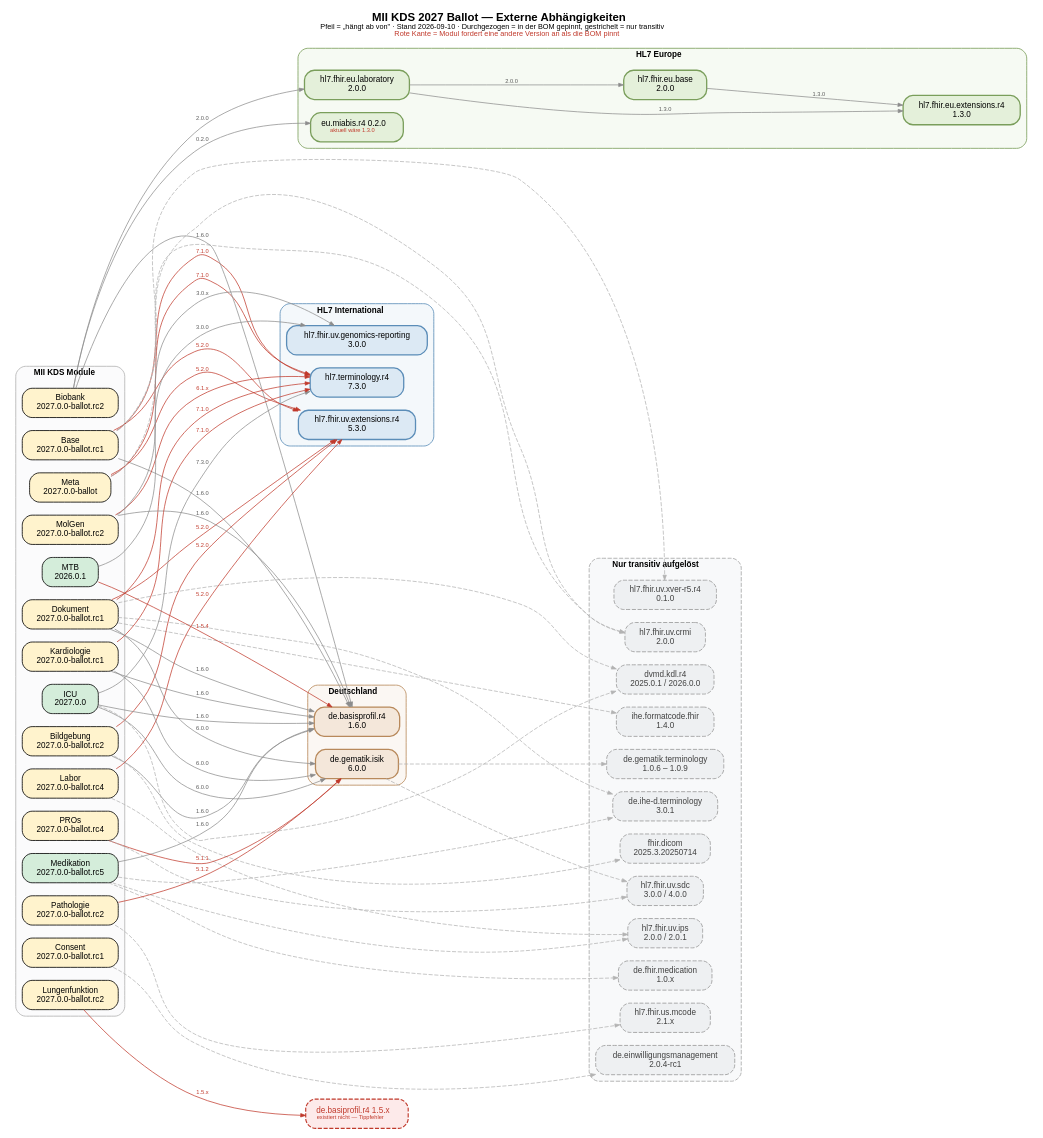
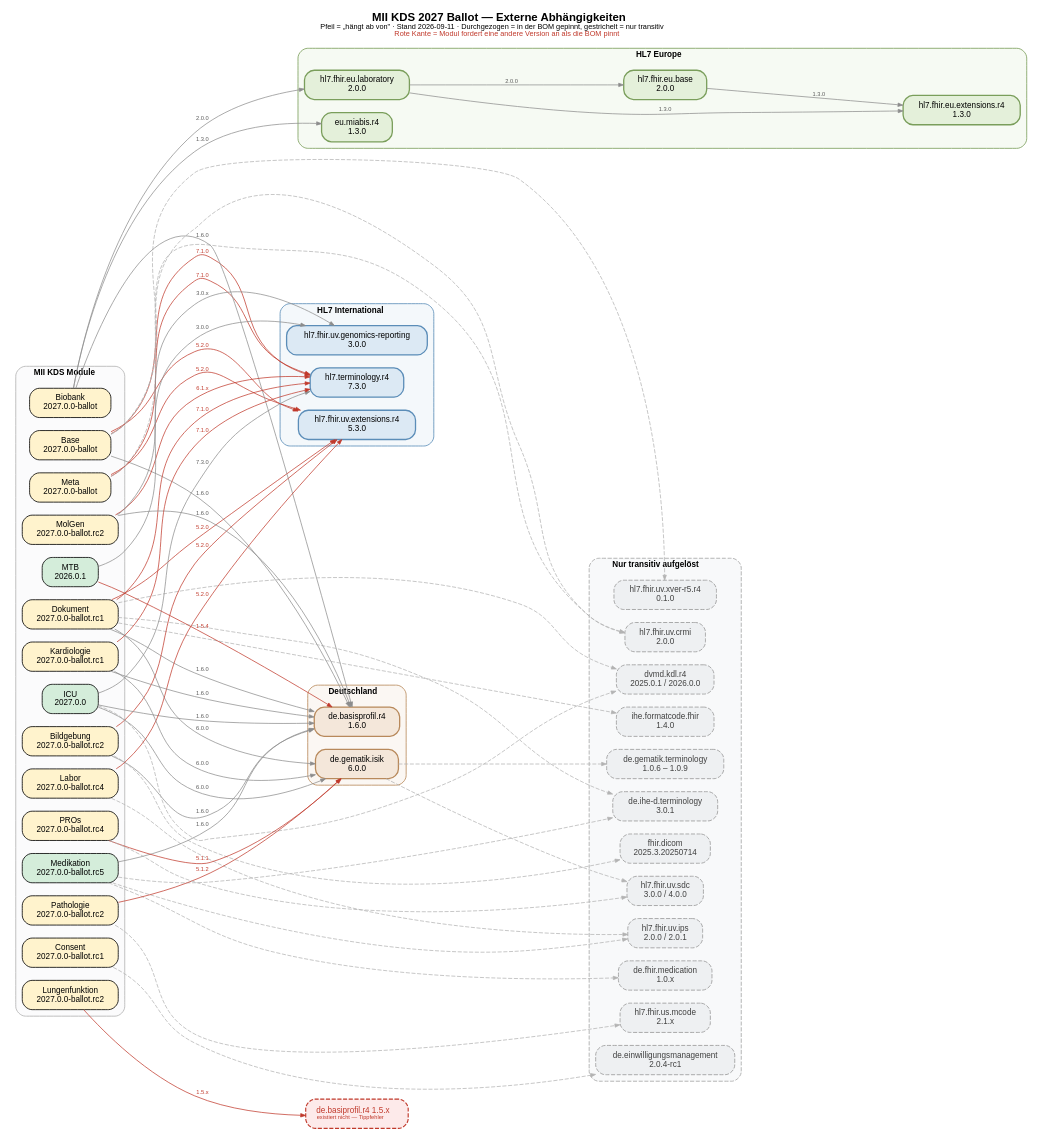
One commit to medizininformatik-initiative/kerndatensatz-complete changed the diagram in dep-graph-2027-extern.dot. Above: the diagram before and after it, drawn with Graphviz. The commit also changed 11 other files, not shown here.

First line of the commit message:
BOM 2027.0.0-ballot.4: Base und Biobank final, MIABIS auf 1.3.0

```diff
--- a/dep-graph-2027-extern.dot
+++ b/dep-graph-2027-extern.dot
@@ -1,163 +1,163 @@
 // MII KDS 2027 Ballot — Externe Abhängigkeiten
 //
 // Quelle:     dep-graph-2027-extern.dot
 // Generiert:  dot -Tpng dep-graph-2027-extern.dot -o input/images/dep-graph-2027-extern.png
 //             dot -Tsvg dep-graph-2027-extern.dot -o input/images/dep-graph-2027-extern.svg
 //
 // Kästen:  durchgezogen = in der BOM gepinnt · gestrichelt = nur transitiv aufgelöst
 // Kanten:  Beschriftung = Version, die das Modul deklariert
 //          rot = weicht von der BOM-Pinnung ab
 
 digraph MII_KDS_2027_Extern {
     rankdir=LR;
     bgcolor="white";
     fontname="Helvetica";
     node [shape=box, style="rounded,filled", fontname="Helvetica", fontsize=10, margin="0.18,0.09"];
     edge [color="gray55", arrowsize=0.6, penwidth=0.9, fontname="Helvetica", fontsize=7, fontcolor="gray35"];
     nodesep=0.22;
     ranksep=2.6;
 
     labelloc="t";
-    label=<<B>MII KDS 2027 Ballot — Externe Abhängigkeiten</B><BR/><FONT POINT-SIZE="9">Pfeil = „hängt ab von" · Stand 2026-09-10 · Durchgezogen = in der BOM gepinnt, gestrichelt = nur transitiv<BR/><FONT COLOR="#c0392b">Rote Kante = Modul fordert eine andere Version an als die BOM pinnt</FONT></FONT>>;
+    label=<<B>MII KDS 2027 Ballot — Externe Abhängigkeiten</B><BR/><FONT POINT-SIZE="9">Pfeil = „hängt ab von" · Stand 2026-09-11 · Durchgezogen = in der BOM gepinnt, gestrichelt = nur transitiv<BR/><FONT COLOR="#c0392b">Rote Kante = Modul fordert eine andere Version an als die BOM pinnt</FONT></FONT>>;
     fontsize=14;
 
     // ════════════ MII-Module ════════════
     subgraph cluster_mii {
         label=<<B>MII KDS Module</B>>;
         style="rounded"; color="gray70"; bgcolor="#fbfbfc"; fontsize=10;
 
-        m_base   [label="Base\n2027.0.0-ballot.rc1", fillcolor="#fff3cd"];
+        m_base   [label="Base\n2027.0.0-ballot", fillcolor="#fff3cd"];
         m_meta   [label="Meta\n2027.0.0-ballot", fillcolor="#fff3cd"];
-        m_bio    [label="Biobank\n2027.0.0-ballot.rc2", fillcolor="#fff3cd"];
+        m_bio    [label="Biobank\n2027.0.0-ballot", fillcolor="#fff3cd"];
         m_dok    [label="Dokument\n2027.0.0-ballot.rc1", fillcolor="#fff3cd"];
         m_bild   [label="Bildgebung\n2027.0.0-ballot.rc2", fillcolor="#fff3cd"];
         m_icu    [label="ICU\n2027.0.0", fillcolor="#d4edda"];
         m_labor  [label="Labor\n2027.0.0-ballot.rc4", fillcolor="#fff3cd"];
         m_medi   [label="Medikation\n2027.0.0-ballot.rc5", fillcolor="#d4edda"];
         m_molgen [label="MolGen\n2027.0.0-ballot.rc2", fillcolor="#fff3cd"];
         m_mtb    [label="MTB\n2026.0.1", fillcolor="#d4edda"];
         m_patho  [label="Pathologie\n2027.0.0-ballot.rc2", fillcolor="#fff3cd"];
         m_pros   [label="PROs\n2027.0.0-ballot.rc4", fillcolor="#fff3cd"];
         m_cons   [label="Consent\n2027.0.0-ballot.rc1", fillcolor="#fff3cd"];
         m_kard   [label="Kardiologie\n2027.0.0-ballot.rc1", fillcolor="#fff3cd"];
         m_lufu   [label="Lungenfunktion\n2027.0.0-ballot.rc2", fillcolor="#fff3cd"];
     }
 
     // ════════════ Gepinnt: HL7 International ════════════
     subgraph cluster_hl7 {
         label=<<B>HL7 International</B>>;
         style="rounded"; color="#5b8db8"; bgcolor="#f4f8fb"; fontsize=10;
 
         tho  [label="hl7.terminology.r4\n7.3.0",            fillcolor="#dce9f4", color="#5b8db8", penwidth=1.6];
         ext  [label="hl7.fhir.uv.extensions.r4\n5.3.0",     fillcolor="#dce9f4", color="#5b8db8", penwidth=1.6];
         geno [label="hl7.fhir.uv.genomics-reporting\n3.0.0", fillcolor="#dce9f4", color="#5b8db8", penwidth=1.6];
     }
 
     // ════════════ Gepinnt: HL7 Europe ════════════
     subgraph cluster_eu {
         label=<<B>HL7 Europe</B>>;
         style="rounded"; color="#7a9e5b"; bgcolor="#f6faf3"; fontsize=10;
 
         eubase [label="hl7.fhir.eu.base\n2.0.0",         fillcolor="#e4f0da", color="#7a9e5b", penwidth=1.6];
         eulab  [label="hl7.fhir.eu.laboratory\n2.0.0",   fillcolor="#e4f0da", color="#7a9e5b", penwidth=1.6];
         euext  [label="hl7.fhir.eu.extensions.r4\n1.3.0", fillcolor="#e4f0da", color="#7a9e5b", penwidth=1.6];
-        miabis [label=<eu.miabis.r4 0.2.0<BR/><FONT POINT-SIZE="7" COLOR="#c0392b">aktuell wäre 1.3.0</FONT>>, fillcolor="#e4f0da", color="#7a9e5b", penwidth=1.6];
+        miabis [label="eu.miabis.r4\n1.3.0", fillcolor="#e4f0da", color="#7a9e5b", penwidth=1.6];
     }
 
     // ════════════ Gepinnt: Deutschland ════════════
     subgraph cluster_de {
         label=<<B>Deutschland</B>>;
         style="rounded"; color="#b8895b"; bgcolor="#fbf7f3"; fontsize=10;
 
         basis [label="de.basisprofil.r4\n1.6.0",  fillcolor="#f4e7da", color="#b8895b", penwidth=1.6];
         isik  [label="de.gematik.isik\n6.0.0",    fillcolor="#f4e7da", color="#b8895b", penwidth=1.6];
     }
 
     // ════════════ Nur transitiv ════════════
     subgraph cluster_trans {
         label=<<B>Nur transitiv aufgelöst</B>>;
         style="rounded,dashed"; color="gray65"; bgcolor="#f8f9fa"; fontsize=10;
 
         node [style="rounded,filled,dashed", fillcolor="#eef0f2", color="gray60", fontcolor="gray25"];
         ips   [label="hl7.fhir.uv.ips\n2.0.0 / 2.0.1"];
         sdc   [label="hl7.fhir.uv.sdc\n3.0.0 / 4.0.0"];
         mcode [label="hl7.fhir.us.mcode\n2.1.x"];
         crmi  [label="hl7.fhir.uv.crmi\n2.0.0"];
         xver  [label="hl7.fhir.uv.xver-r5.r4\n0.1.0"];
         dicom [label="fhir.dicom\n2025.3.20250714"];
         kdl   [label="dvmd.kdl.r4\n2025.0.1 / 2026.0.0"];
         ihed  [label="de.ihe-d.terminology\n3.0.1"];
         fmt   [label="ihe.formatcode.fhir\n1.4.0"];
         demed [label="de.fhir.medication\n1.0.x"];
         einw  [label="de.einwilligungsmanagement\n2.0.4-rc1"];
         gtermi[label="de.gematik.terminology\n1.0.6 – 1.0.9"];
     }
 
     // ════════════ Nicht aufloesbar ════════════
     basitypo [label=<de.basiprofil.r4 1.5.x<BR/><FONT POINT-SIZE="7">existiert nicht — Tippfehler</FONT>>, shape=box, style="rounded,filled,dashed", fillcolor="#fdeaea", color="#c0392b", fontcolor="#c0392b", penwidth=1.4];
 
     // ════════════ Kanten: Terminology ════════════
     m_icu -> tho [label="7.3.0"];
     m_base -> tho [label="7.1.0", color="#c0392b", fontcolor="#c0392b"];
     m_meta -> tho [label="7.1.0", color="#c0392b", fontcolor="#c0392b"];
     m_dok  -> tho [label="7.1.0", color="#c0392b", fontcolor="#c0392b"];
     m_molgen -> tho [label="6.1.x", color="#c0392b", fontcolor="#c0392b"];
 
     // ════════════ Kanten: Extensions ════════════
     m_base  -> ext [label="5.2.0", color="#c0392b", fontcolor="#c0392b"];
     m_meta  -> ext [label="5.2.0", color="#c0392b", fontcolor="#c0392b"];
     m_labor -> ext [label="5.2.0", color="#c0392b", fontcolor="#c0392b"];
     m_dok   -> ext [label="5.2.0", color="#c0392b", fontcolor="#c0392b"];
     m_bild  -> ext [label="5.2.0", color="#c0392b", fontcolor="#c0392b"];
 
     // ════════════ Kanten: Clinical Genomics ════════════
     m_molgen -> geno [label="3.0.x"];
     m_mtb    -> geno [label="3.0.0"];
 
     // ════════════ Kanten: EU ════════════
     m_bio -> eulab  [label="2.0.0"];
-    m_bio -> miabis [label="0.2.0"];
+    m_bio -> miabis [label="1.3.0"];
     eulab -> eubase [label="2.0.0"];
     eulab -> euext  [label="1.3.0"];
     eubase -> euext [label="1.3.0"];
 
     // ════════════ Kanten: Deutschland ════════════
     m_base -> basis [label="1.6.0"];
     m_bio  -> basis [label="1.6.0"];
     m_icu  -> basis [label="1.6.0"];
     m_bild -> basis [label="1.6.0"];
     m_dok  -> basis [label="1.6.0"];
     m_medi -> basis [label="1.6.0"];
     m_molgen -> basis [label="1.6.0"];
     m_mtb  -> basis [label="1.5.4", color="#c0392b", fontcolor="#c0392b"];
 
     m_icu   -> isik [label="6.0.0"];
     m_dok   -> isik [label="6.0.0"];
     m_patho -> isik [label="5.1.2", color="#c0392b", fontcolor="#c0392b"];
     m_pros  -> isik [label="5.1.1", color="#c0392b", fontcolor="#c0392b"];
 
     // ════════════ Kanten: transitiv ════════════
     m_labor -> ips   [style=dashed, color="gray70"];
     m_medi  -> ips   [style=dashed, color="gray70"];
     m_pros  -> sdc   [style=dashed, color="gray70"];
     isik    -> sdc   [style=dashed, color="gray70"];
     m_patho -> mcode [style=dashed, color="gray70"];
     m_base  -> crmi  [style=dashed, color="gray70"];
     m_meta  -> crmi  [style=dashed, color="gray70"];
     m_base  -> xver  [style=dashed, color="gray70"];
     m_bild  -> dicom [style=dashed, color="gray70"];
     m_dok   -> kdl   [style=dashed, color="gray70"];
     m_icu   -> kdl   [style=dashed, color="gray70"];
     m_dok   -> ihed  [style=dashed, color="gray70"];
     m_medi  -> ihed  [style=dashed, color="gray70"];
     m_dok   -> fmt   [style=dashed, color="gray70"];
     m_medi  -> demed [style=dashed, color="gray70"];
     m_cons  -> einw  [style=dashed, color="gray70"];
     isik    -> gtermi[style=dashed, color="gray70"];
 
     // ════════════ Kanten: neue Ballot-Module ════════════
     m_kard -> basis [label="1.6.0"];
     m_kard -> isik  [label="6.0.0"];
     m_kard -> tho   [label="7.1.0", color="#c0392b", fontcolor="#c0392b"];
     m_lufu -> basitypo [label="1.5.x", color="#c0392b", fontcolor="#c0392b"];
 }
```
